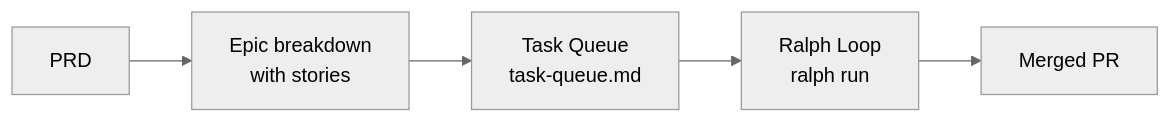
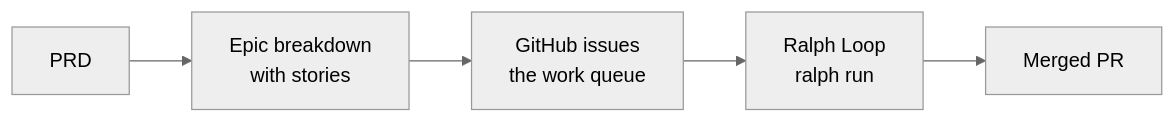
One commit to jamescrowley321/identity-stack-planning changed the first of 4 diagrams in docs/ralph-loop-process.md. Above: the diagram before and after it, drawn with Mermaid (neutral theme). The commit also changed other lines of this file and 80 other files, not shown here.

````diff
--- a/docs/ralph-loop-process.md
+++ b/docs/ralph-loop-process.md
@@ -9,4 +9,4 @@
 ```mermaid
 flowchart LR
-    PRD[PRD] --> EPIC[Epic breakdown<br/>with stories] --> QUEUE[Task Queue<br/>task-queue.md] --> RALPH[Ralph Loop<br/>ralph run] --> PR[Merged PR]
+    PRD[PRD] --> EPIC[Epic breakdown<br/>with stories] --> QUEUE[GitHub issues<br/>the work queue] --> RALPH[Ralph Loop<br/>ralph run] --> PR[Merged PR]
 ```
````
